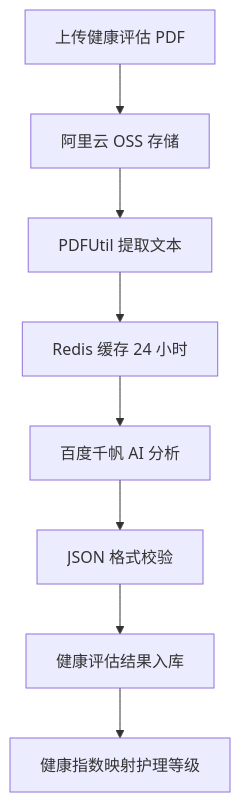
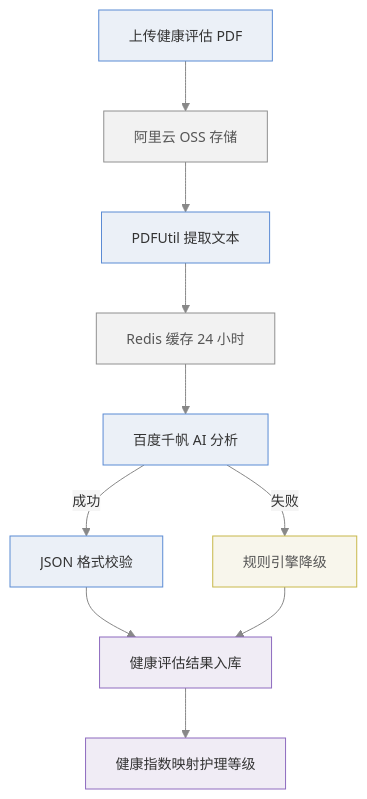
Before and after one commit to 1byteone/interview-note: the first of 4 diagrams in 4-interview/projects/zznursing/项目速记卡.md, drawn with Mermaid. The commit also changed other lines of this file and 5 other files, not shown here.

First line of the commit message:
style(mermaid): 统一 Mermaid 专业样式体系与语义规范

````diff
--- a/4-interview/projects/zznursing/项目速记卡.md
+++ b/4-interview/projects/zznursing/项目速记卡.md
@@ -171,10 +171,24 @@
 ```mermaid
+%%{init: {'theme':'base', 'themeVariables': {'fontFamily':'Arial,Microsoft YaHei,sans-serif','fontSize':'14px','primaryColor':'#EBF0F7','primaryTextColor':'#333333','primaryBorderColor':'#5B8BD4','lineColor':'#888888','secondaryColor':'#F5F5F5','tertiaryColor':'#F0F0F0'}}}%%
 flowchart TD
+    classDef external fill:#F2F2F2,stroke:#909090,color:#555555
+    classDef core fill:#EBF0F7,stroke:#5B8BD4,color:#333333
+    classDef storage fill:#F0ECF5,stroke:#8E6BBF,color:#333333
+    classDef success fill:#EEF5EE,stroke:#5D9B6A,color:#333333
+    classDef decision fill:#F8F6EC,stroke:#C8B84A,color:#555555
+
     PDF[上传健康评估 PDF] --> OSS[阿里云 OSS 存储]
     OSS --> Parser[PDFUtil 提取文本]
     Parser --> Redis[Redis 缓存 24 小时]
     Redis --> Qianfan[百度千帆 AI 分析]
-    Qianfan --> Validate[JSON 格式校验]
+    Qianfan -->|成功| Validate[JSON 格式校验]
     Validate --> DB[健康评估结果入库]
     DB --> Level[健康指数映射护理等级]
+    Qianfan -->|失败| Rule[规则引擎降级]
+    Rule --> DB
+
+    class OSS,Redis external
+    class Qianfan,Validate core
+    class DB,Level storage
+    class Rule decision
 ```
````
